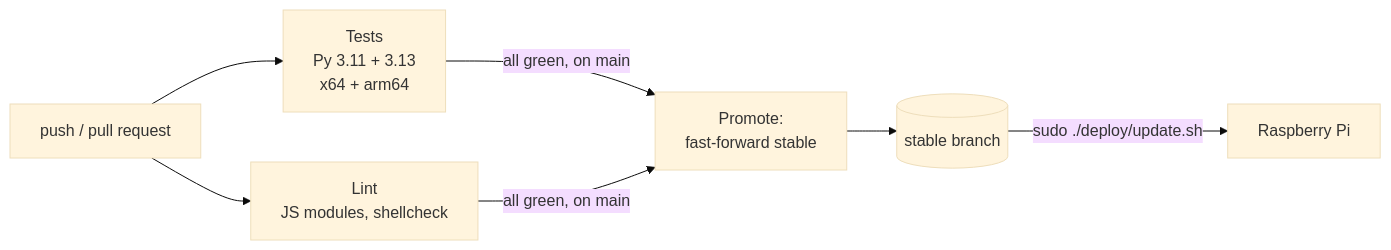
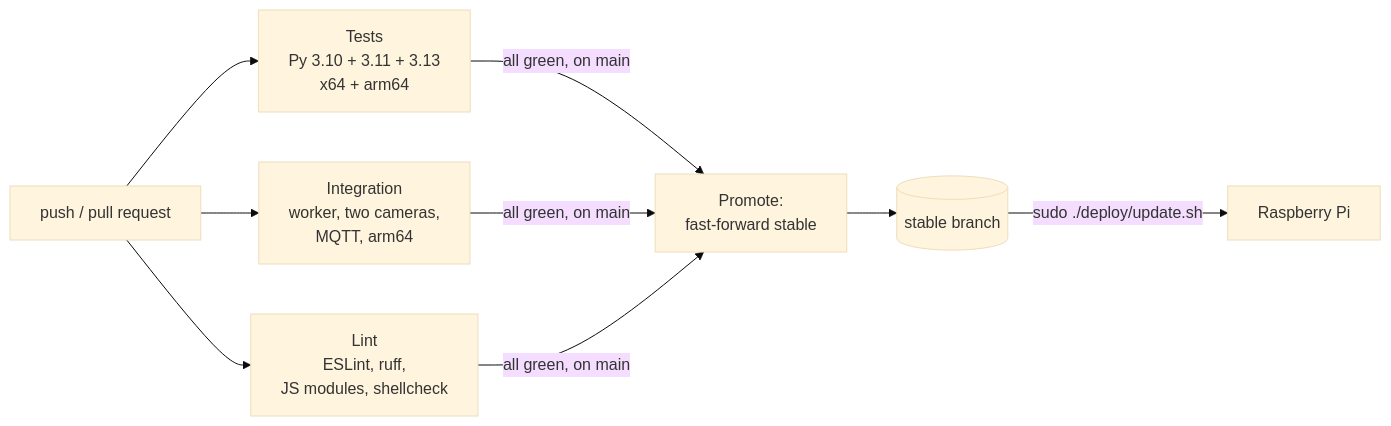
The fourth of 4 diagrams in README.md (TristanListanco/pepperwatch-aphid-detection), drawn with Mermaid (base theme) before and after one commit. The commit also changed other lines of this file and 8 other files, not shown here.

First line of the commit message:
CI: worker integration test, ESLint and ruff

````diff
--- a/README.md
+++ b/README.md
@@ -1135,8 +1150,9 @@
 ```mermaid
 flowchart LR
-    PUSH[push / pull request] --> T[Tests<br/>Py 3.11 + 3.13<br/>x64 + arm64]
-    PUSH --> L[Lint<br/>JS modules, shellcheck]
-    T & L -->|all green, on main| P[Promote:<br/>fast-forward stable]
+    PUSH[push / pull request] --> T[Tests<br/>Py 3.10 + 3.11 + 3.13<br/>x64 + arm64]
+    PUSH --> I[Integration<br/>worker, two cameras,<br/>MQTT, arm64]
+    PUSH --> L[Lint<br/>ESLint, ruff,<br/>JS modules, shellcheck]
+    T & I & L -->|all green, on main| P[Promote:<br/>fast-forward stable]
     P --> S[(stable branch)]
     S -->|sudo ./deploy/update.sh| PI[Raspberry Pi]
 ```
````
